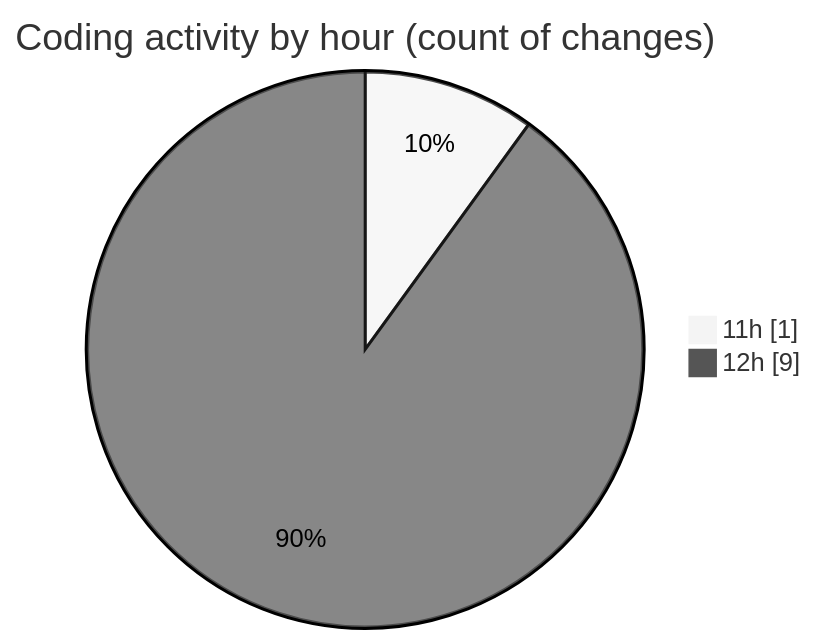
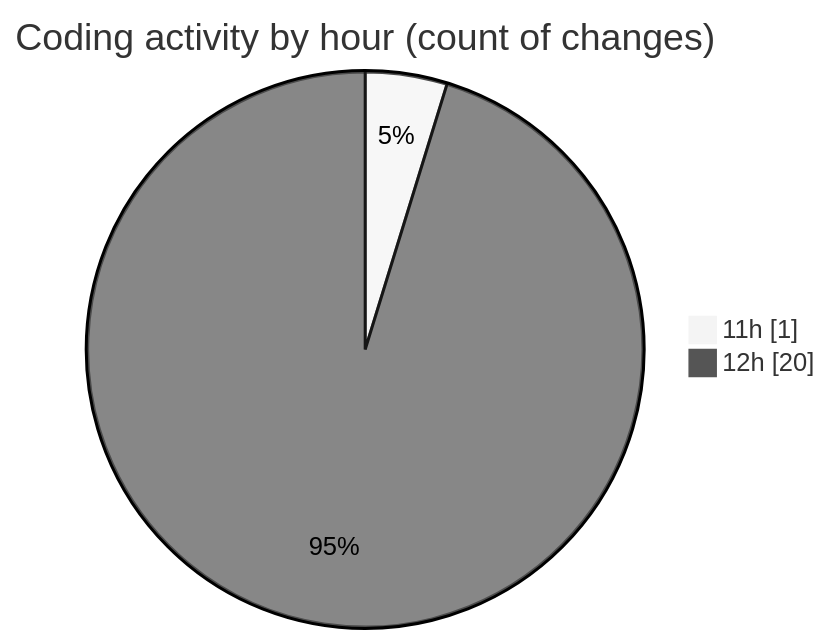
The second of 2 diagrams in 2025-03-01/react_ecom/README.md (Elitesun/code-tracking), drawn with Mermaid (neutral theme) before and after one commit. The commit also changed other lines of this file and 1 other file, not shown here.

````diff
--- a/2025-03-01/react_ecom/README.md
+++ b/2025-03-01/react_ecom/README.md
@@ -30,6 +32,6 @@
 ```mermaid
 pie showData
 title Coding activity by hour (count of changes)
 "11h" : 1
-"12h" : 9
+"12h" : 20
 ```
````
